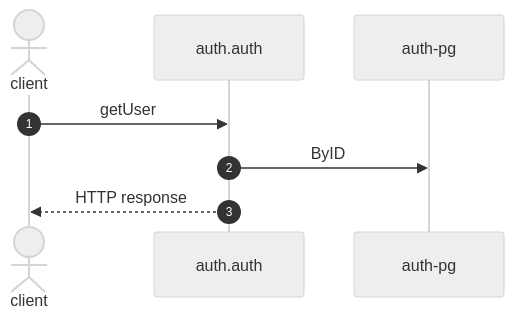
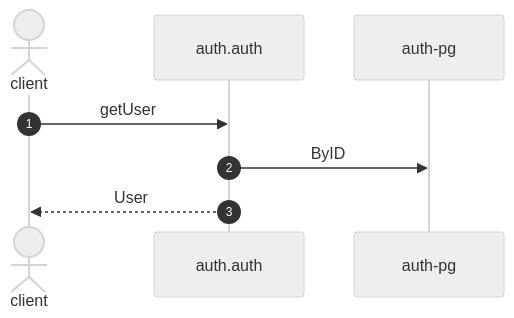
The diagram in exports/mermaid/example/auth-get-user.mmd (shortlink-org/portolan), drawn with Mermaid (neutral theme) before and after one commit. The commit also changed 82 other files, not shown here.

```diff
--- a/exports/mermaid/example/auth-get-user.mmd
+++ b/exports/mermaid/example/auth-get-user.mmd
@@ -1,8 +1,8 @@
 sequenceDiagram
     autonumber
     actor p0 as client
     participant p1 as auth.auth
     participant p2 as auth-pg
     p0->>p1: getUser
     p1->>p2: ByID
-    p1-->>p0: HTTP response
+    p1-->>p0: User
```
